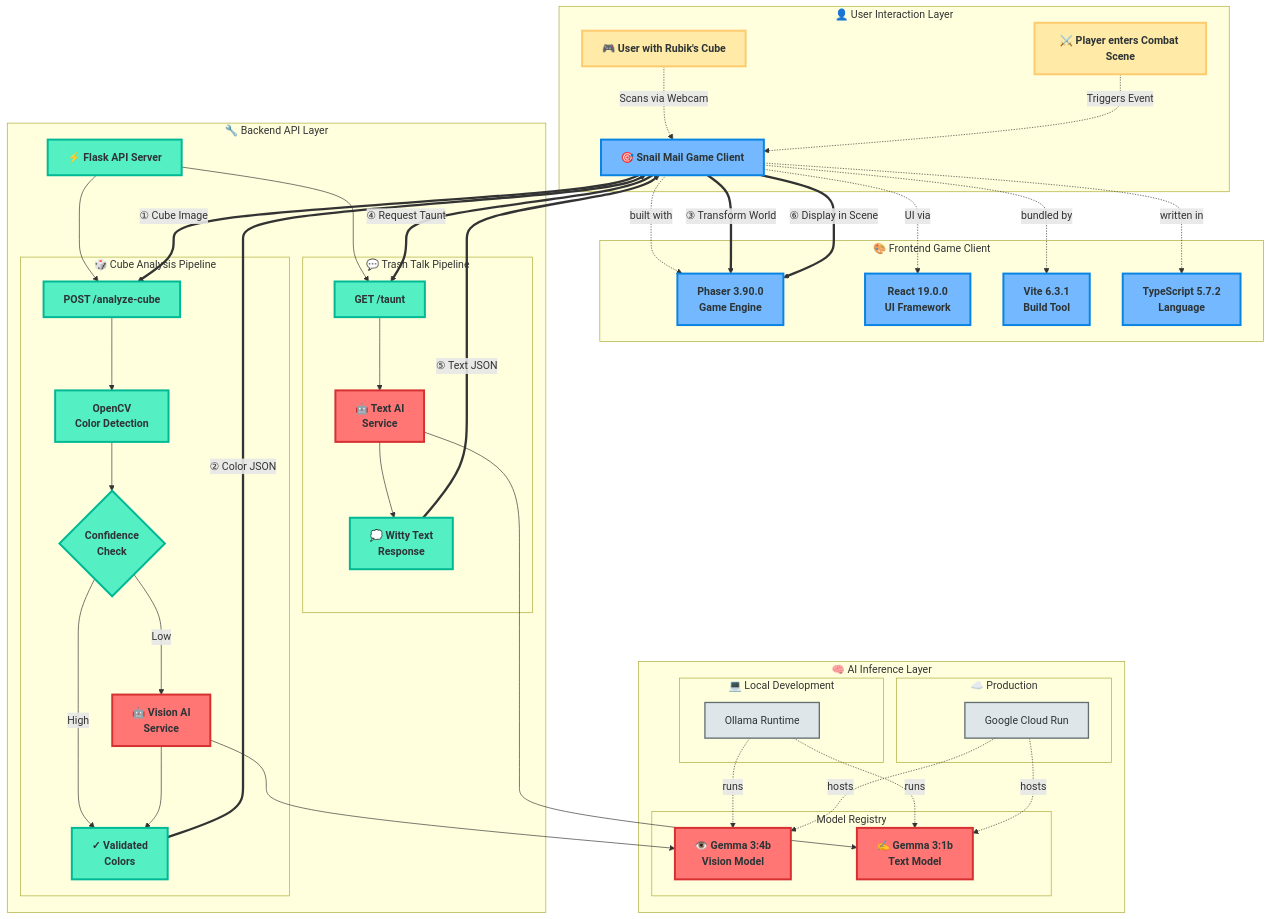
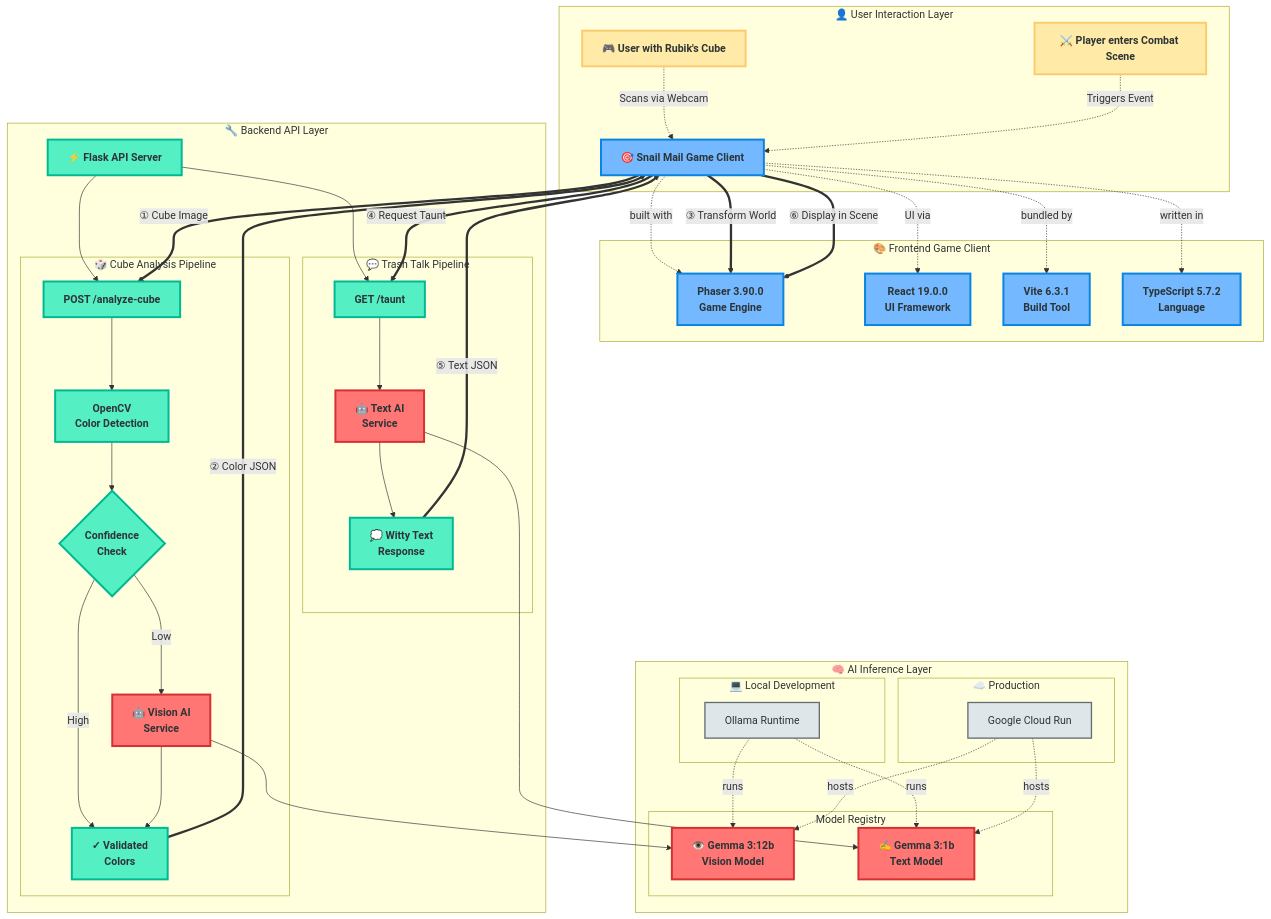
Before and after one commit to anotherstarburst/snailmail: the diagram in README.md, drawn with Mermaid. The commit also changed other lines of this file, not shown here.

Commit message:
Update Gemma model references in README

```diff
--- a/README.md
+++ b/README.md
@@ -54,7 +54,7 @@
 
     subgraph inference["🧠 AI Inference Layer"]
         subgraph models["Model Registry"]
-            L["👁️ Gemma 3:4b<br/>Vision Model"]
+            L["👁️ Gemma 3:12b<br/>Vision Model"]
             S["✍️ Gemma 3:1b<br/>Text Model"]
         end
         
```
